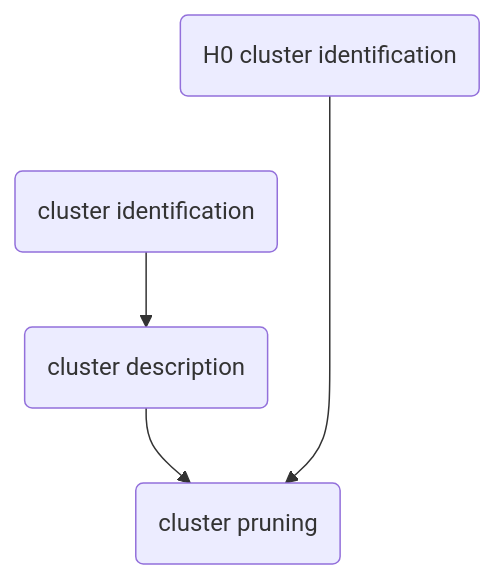
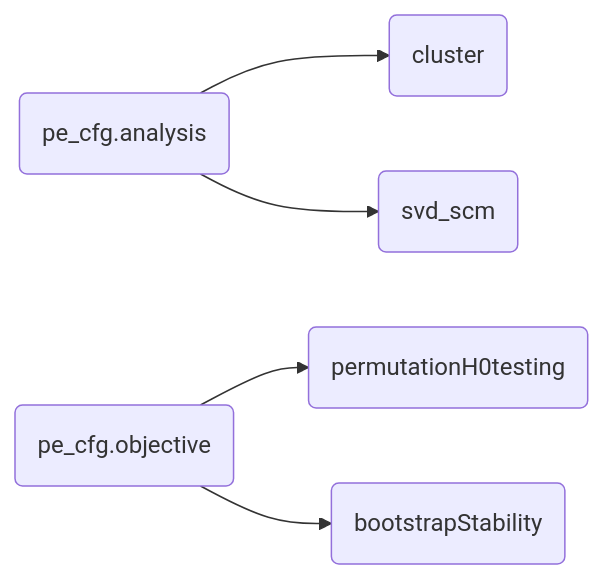
One commit to GermanoGallicchio/PhysioExplorer changed the diagram in README.md. Above: the diagram before and after it, drawn with Mermaid. The commit also changed other lines of this file, not shown here.

````diff
--- a/README.md
+++ b/README.md
@@ -12,10 +24,15 @@
 ```mermaid
-  graph TD;
-    D(H0 cluster identification)
-    A(cluster identification)
-    B(cluster description)
-    C(cluster pruning)
-    A-->B-->C;
-    D---->C
-    
+  graph LR;
+    A(pe_cfg.analysis)
+    B(cluster)
+    C(svd_scm)
+    D(pe_cfg.objective)
+    E(permutationH0testing)
+    F(bootstrapStability)
+
+    A-->B;
+    A-->C;
+    D-->E;
+    D-->F;
+
 ```
````
